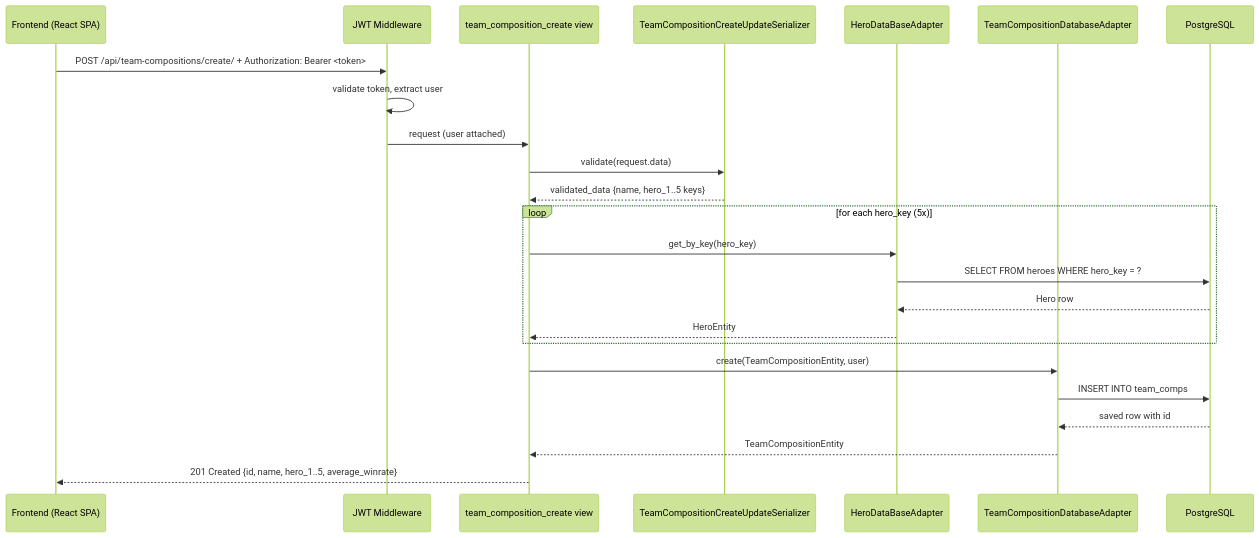
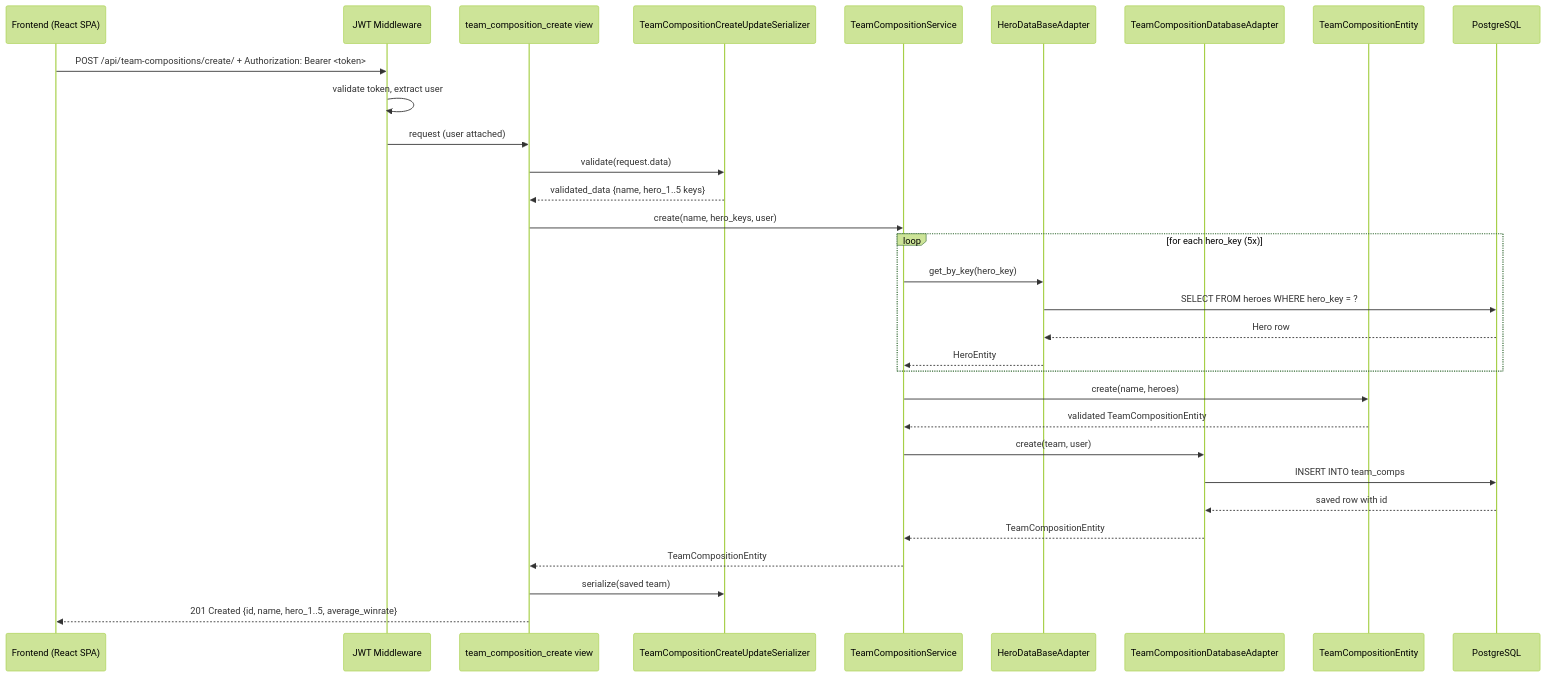
The fifth of 6 diagrams in docs/architecture/arc42.md (FabianReinelt-stud/OverwatchTeamUp), drawn with Mermaid (forest theme) before and after one commit. The commit also changed other lines of this file and 6 other files, not shown here.

Commit message:
updated docs, added some diagrams for presentation

````diff
--- a/docs/architecture/arc42.md
+++ b/docs/architecture/arc42.md
@@ -250,27 +261,34 @@
 ```mermaid
 sequenceDiagram
     participant Client as Frontend (React SPA)
     participant JWT as JWT Middleware
     participant View as team_composition_create view
     participant Ser as TeamCompositionCreateUpdateSerializer
+    participant Service as TeamCompositionService
     participant HDBA as HeroDataBaseAdapter
     participant TCDA as TeamCompositionDatabaseAdapter
+    participant Domain as TeamCompositionEntity
     participant DB as PostgreSQL
 
     Client->>JWT: POST /api/team-compositions/create/ + Authorization: Bearer <token>
     JWT->>JWT: validate token, extract user
     JWT->>View: request (user attached)
     View->>Ser: validate(request.data)
     Ser-->>View: validated_data {name, hero_1..5 keys}
+    View->>Service: create(name, hero_keys, user)
     loop for each hero_key (5x)
-        View->>HDBA: get_by_key(hero_key)
+        Service->>HDBA: get_by_key(hero_key)
         HDBA->>DB: SELECT FROM heroes WHERE hero_key = ?
         DB-->>HDBA: Hero row
-        HDBA-->>View: HeroEntity
+        HDBA-->>Service: HeroEntity
     end
-    View->>TCDA: create(TeamCompositionEntity, user)
+    Service->>Domain: create(name, heroes)
+    Domain-->>Service: validated TeamCompositionEntity
+    Service->>TCDA: create(team, user)
     TCDA->>DB: INSERT INTO team_comps
     DB-->>TCDA: saved row with id
-    TCDA-->>View: TeamCompositionEntity
+    TCDA-->>Service: TeamCompositionEntity
+    Service-->>View: TeamCompositionEntity
+    View->>Ser: serialize(saved team)
     View-->>Client: 201 Created {id, name, hero_1..5, average_winrate}
 ```
````
